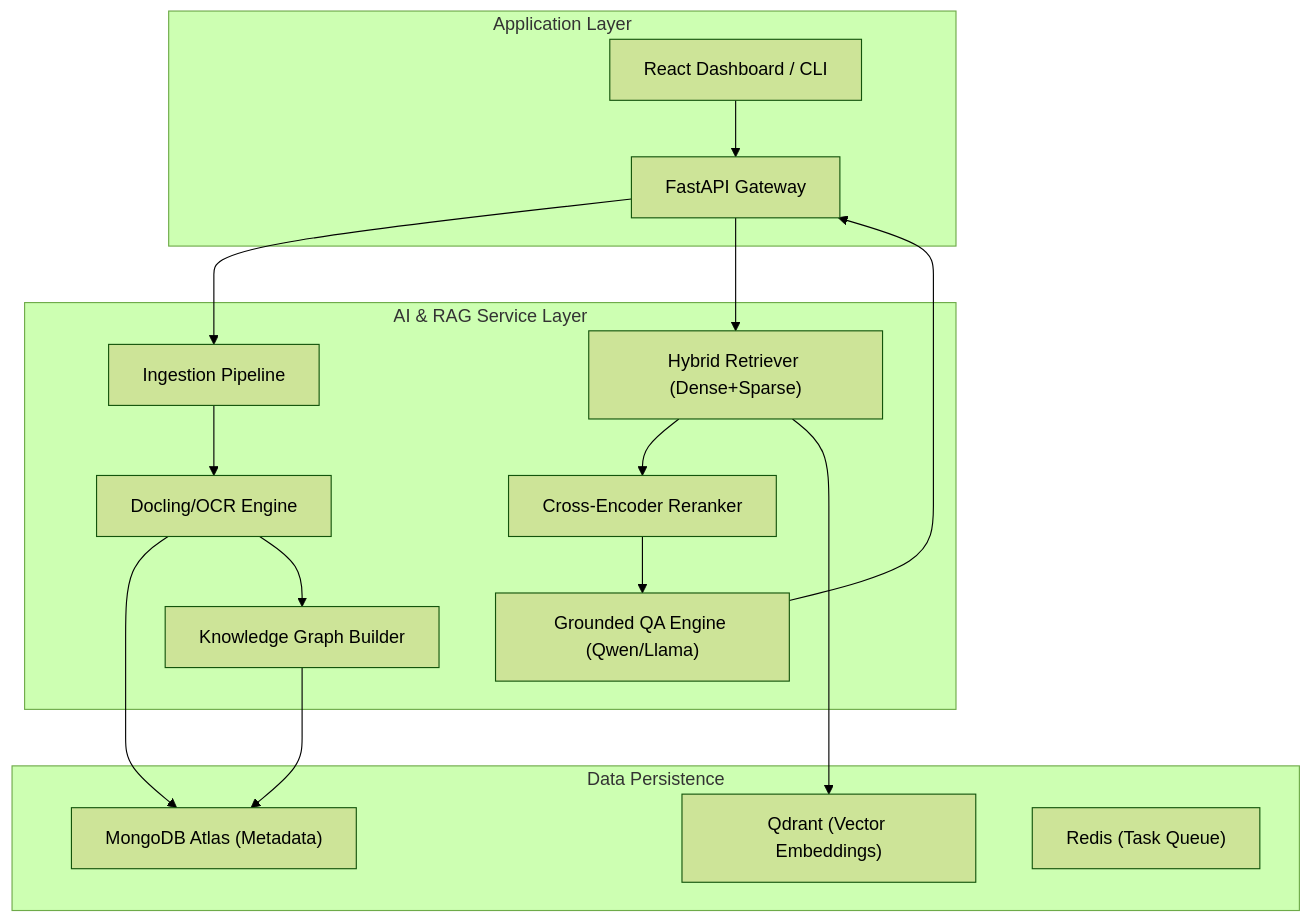
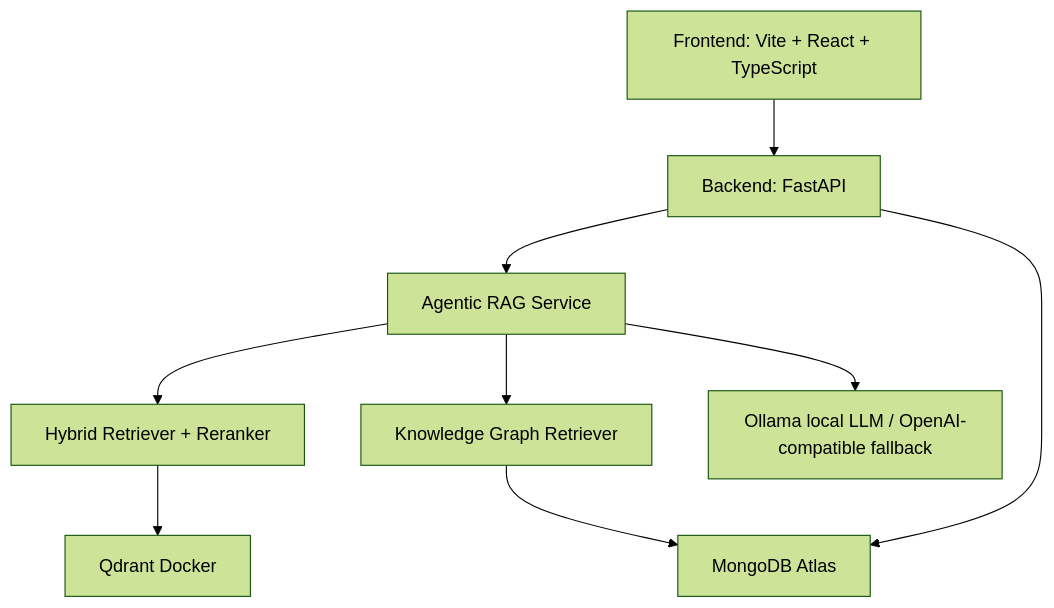
One commit to nvtanphat/AgentBook-Platform changed the diagram in README.md. Above: the diagram before and after it, drawn with Mermaid (forest theme). The commit also changed other lines of this file and 58 other files, not shown here.

````diff
--- a/README.md
+++ b/README.md
@@ -55,29 +17,20 @@
 ```mermaid
 graph TB
-    subgraph "Application Layer"
-        CLIENT["React Dashboard / CLI"]
-        API["FastAPI Gateway"]
-    end
-    
-    subgraph "AI & RAG Service Layer"
-        INGEST["Ingestion Pipeline"]
-        PARSER["Docling/OCR Engine"]
-        GRAPH["Knowledge Graph Builder"]
-        RETRIEVER["Hybrid Retriever (Dense+Sparse)"]
-        RERANKER["Cross-Encoder Reranker"]
-        LLM["Grounded QA Engine (Qwen/Llama)"]
-    end
-    
-    subgraph "Data Persistence"
-        MONGO["MongoDB Atlas (Metadata)"]
-        QDRANT["Qdrant (Vector Embeddings)"]
-        REDIS["Redis (Task Queue)"]
-    end
-    
-    CLIENT --> API
-    API --> INGEST --> PARSER --> MONGO
-    PARSER --> GRAPH --> MONGO
-    API --> RETRIEVER --> RERANKER --> LLM
-    LLM --> API
-    RETRIEVER --> QDRANT
+  UI["Frontend: Vite + React + TypeScript"]
+  API["Backend: FastAPI"]
+  AGENT["Agentic RAG Service"]
+  RETRIEVAL["Hybrid Retriever + Reranker"]
+  GRAPH["Knowledge Graph Retriever"]
+  LLM["Ollama local LLM / OpenAI-compatible fallback"]
+  MONGO["MongoDB Atlas"]
+  QDRANT["Qdrant Docker"]
+
+  UI --> API
+  API --> AGENT
+  AGENT --> RETRIEVAL
+  AGENT --> GRAPH
+  AGENT --> LLM
+  RETRIEVAL --> QDRANT
+  API --> MONGO
+  GRAPH --> MONGO
 ```
````
